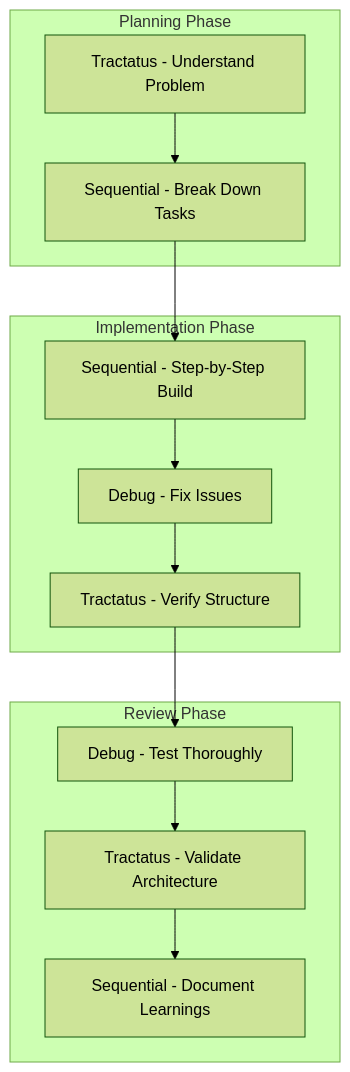
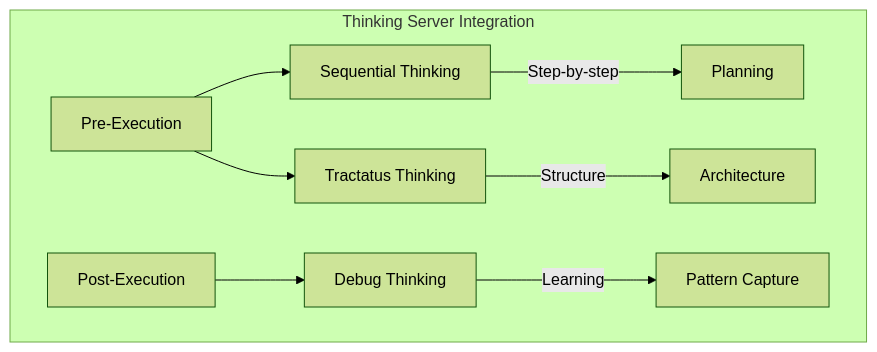
Before and after one commit to Alot1z/get-shit-indexed: the third of 8 diagrams in README.md, drawn with Mermaid (forest theme). The commit also changed other lines of this file and 2 other files, not shown here.

Commit message:
chore(1.20.0): prepare for npm publish - Update README with Mermaid diagrams and feature tables - Bump version to 1.20.0 - Add .npmrc to .gitignore (security)

````diff
--- a/README.md
+++ b/README.md
@@ -692,27 +99,12 @@
 ```mermaid
-graph TB
-    subgraph "Planning Phase"
-        A1[Tractatus - Understand Problem]
-        A2[Sequential - Break Down Tasks]
+graph TD
+    subgraph "Thinking Server Integration"
+        PRE[Pre-Execution] --> SEQ[Sequential Thinking]
+        PRE --> TRA[Tractatus Thinking]
+        POST[Post-Execution] --> DEB[Debug Thinking]
+        
+        SEQ --> |Step-by-step| PLAN[Planning]
+        TRA --> |Structure| ARCH[Architecture]
+        DEB --> |Learning| CAPTURE[Pattern Capture]
     end
-    
-    subgraph "Implementation Phase"  
-        B1[Sequential - Step-by-Step Build]
-        B2[Debug - Fix Issues]
-        B3[Tractatus - Verify Structure]
-    end
-    
-    subgraph "Review Phase"
-        C1[Debug - Test Thoroughly]
-        C2[Tractatus - Validate Architecture]
-        C3[Sequential - Document Learnings]
-    end
-    
-    A1 --> A2
-    A2 --> B1
-    B1 --> B2
-    B2 --> B3
-    B3 --> C1
-    C1 --> C2
-    C2 --> C3
 ```
````
